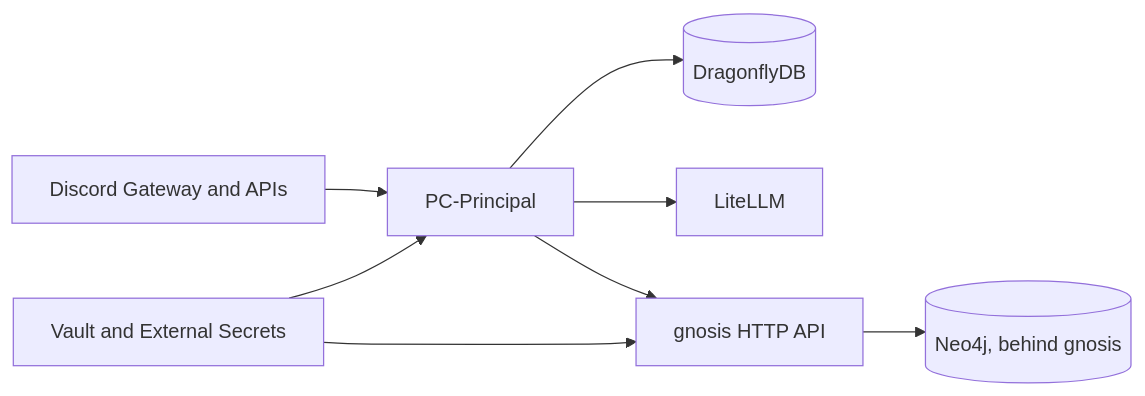
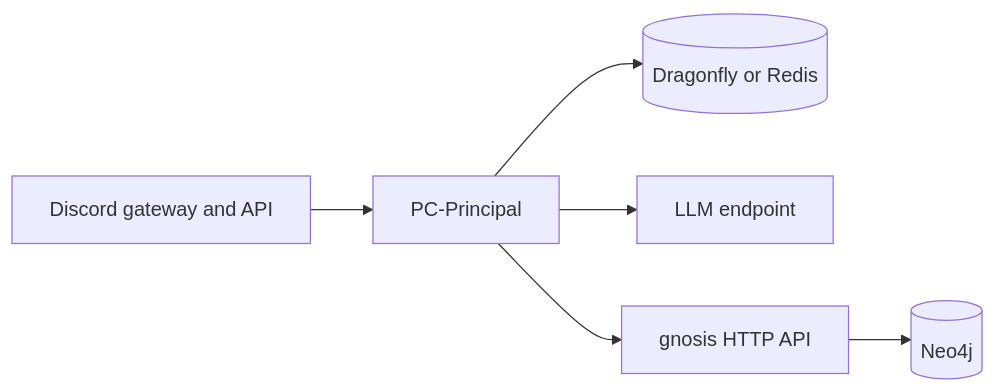
One commit to bromigos-org/PC-Principal changed the diagram in README.md. Above: the diagram before and after it, drawn with Mermaid. The commit also changed other lines of this file, not shown here.

````diff
--- a/README.md
+++ b/README.md
@@ -28,18 +55,15 @@
 ```mermaid
 flowchart LR
-    Discord[Discord Gateway and APIs]
+    Discord[Discord gateway and API]
     Bot[PC-Principal]
-    Dragonfly[(DragonflyDB)]
-    LiteLLM[LiteLLM]
-    Memory[gnosis HTTP API]
-    Neo4j[(Neo4j, behind gnosis)]
-    Vault[Vault and External Secrets]
+    Dragonfly[(Dragonfly or Redis)]
+    LLM[LLM endpoint]
+    Gnosis[gnosis HTTP API]
+    Neo4j[(Neo4j)]
 
     Discord --> Bot
     Bot --> Dragonfly
-    Bot --> LiteLLM
-    Bot --> Memory
-    Memory --> Neo4j
-    Vault --> Bot
-    Vault --> Memory
+    Bot --> LLM
+    Bot --> Gnosis
+    Gnosis --> Neo4j
 ```
````
